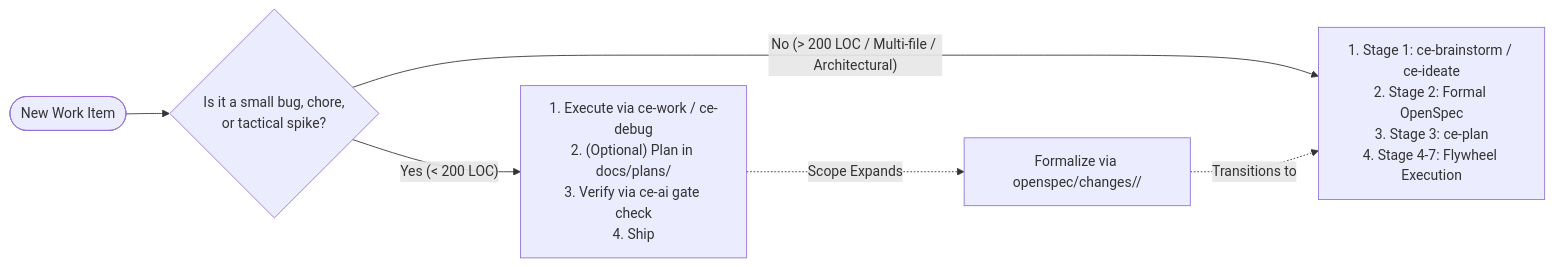
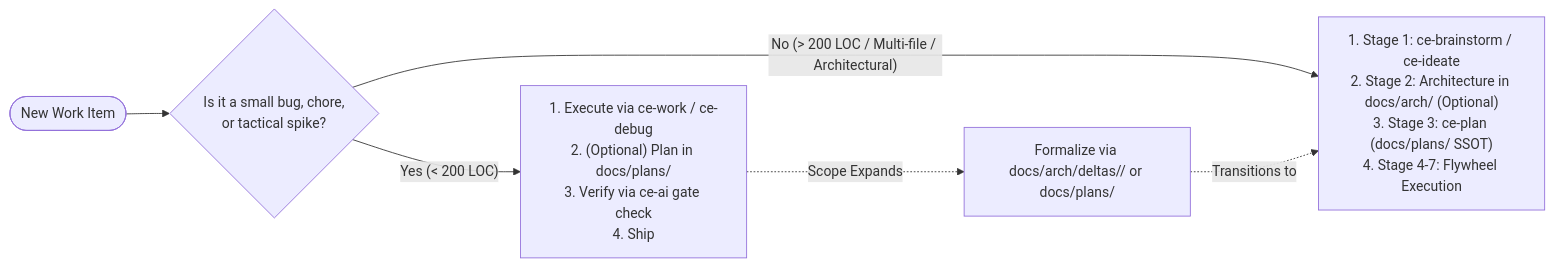
One commit to mastepanoski/ce-ai changed the third of 3 diagrams in docs/user-guide/odd-fast-path-and-graduation-masterclass.md. Above: the diagram before and after it, drawn with Mermaid. The commit also changed other lines of this file and 5 other files, not shown here.

Commit message:
docs(guides): align user guides with docs/arch living architecture and docs/plans SSOT (#499)

````diff
--- a/docs/user-guide/odd-fast-path-and-graduation-masterclass.md
+++ b/docs/user-guide/odd-fast-path-and-graduation-masterclass.md
@@ -222,9 +221,9 @@
 ```mermaid
 flowchart LR
     Task([New Work Item]) --> Eval{Is it a small bug, chore,<br/>or tactical spike?}
     Eval -- Yes (< 200 LOC) --> TrackFastPath["1. Execute via ce-work / ce-debug<br/>2. (Optional) Plan in docs/plans/<br/>3. Verify via ce-ai gate check<br/>4. Ship"]
-    Eval -- No (> 200 LOC / Multi-file / Architectural) --> TrackCE["1. Stage 1: ce-brainstorm / ce-ideate<br/>2. Stage 2: Formal OpenSpec<br/>3. Stage 3: ce-plan<br/>4. Stage 4-7: Flywheel Execution"]
+    Eval -- No (> 200 LOC / Multi-file / Architectural) --> TrackCE["1. Stage 1: ce-brainstorm / ce-ideate<br/>2. Stage 2: Architecture in docs/arch/ (Optional)<br/>3. Stage 3: ce-plan (docs/plans/ SSOT)<br/>4. Stage 4-7: Flywheel Execution"]
 
-    TrackFastPath -. Scope Expands .-> Plan["Formalize via openspec/changes/<feature>/"]
+    TrackFastPath -. Scope Expands .-> Plan["Formalize via docs/arch/deltas/<feature>/ or docs/plans/"]
     Plan -. Transitions to .-> TrackCE
 ```
````
